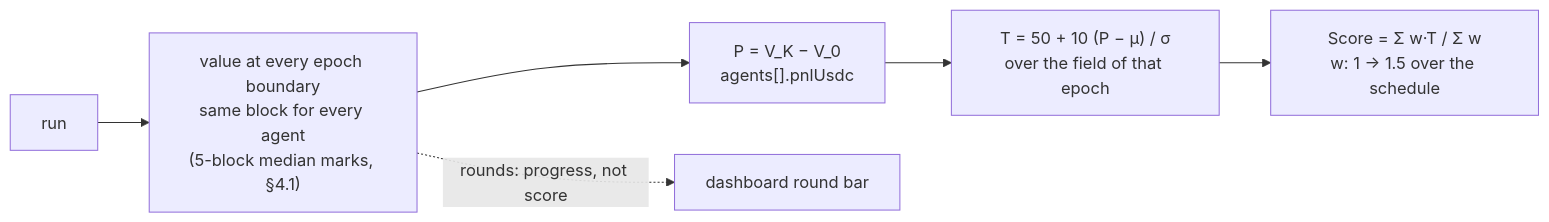
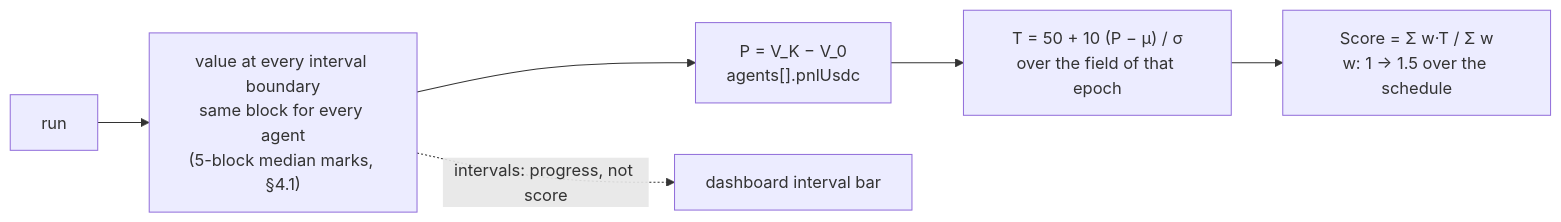
One commit to NyxFoundation/eris-agent-simulator changed the diagram in docs/guide/scoring.md. Above: the diagram before and after it, drawn with Mermaid. The commit also changed other lines of this file and 33 other files, not shown here.

First line of the commit message:
docs: the evaluation interval is an interval, and the epoch is the rules' epoch

````diff
--- a/docs/guide/scoring.md
+++ b/docs/guide/scoring.md
@@ -11,8 +11,8 @@
 ```mermaid
 flowchart LR
-  RUN["run"] --> BND["value at every epoch boundary<br/>same block for every agent<br/>(5-block median marks, §4.1)"]
+  RUN["run"] --> BND["value at every interval boundary<br/>same block for every agent<br/>(5-block median marks, §4.1)"]
   BND --> P["P = V_K − V_0<br/>agents[].pnlUsdc"]
   P --> T["T = 50 + 10 (P − μ) / σ<br/>over the field of that epoch"]
   T --> S["Score = Σ w·T / Σ w<br/>w: 1 → 1.5 over the schedule"]
-  BND -.->|"rounds: progress, not score"| DASH["dashboard round bar"]
+  BND -.->|"intervals: progress, not score"| DASH["dashboard interval bar"]
 ```
````
